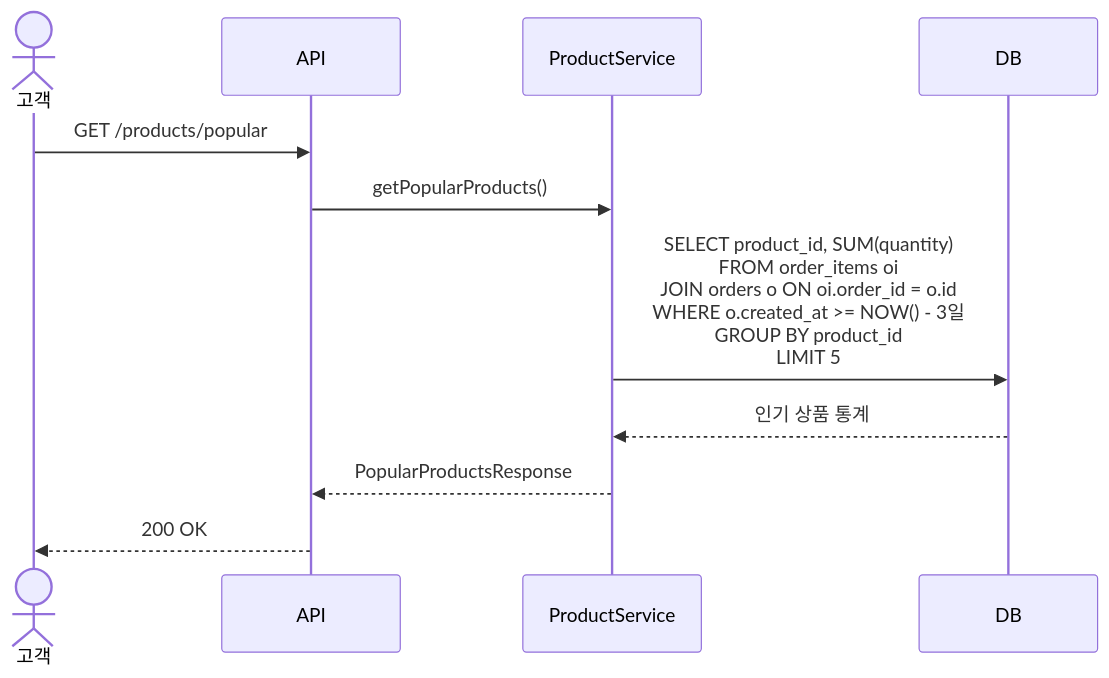
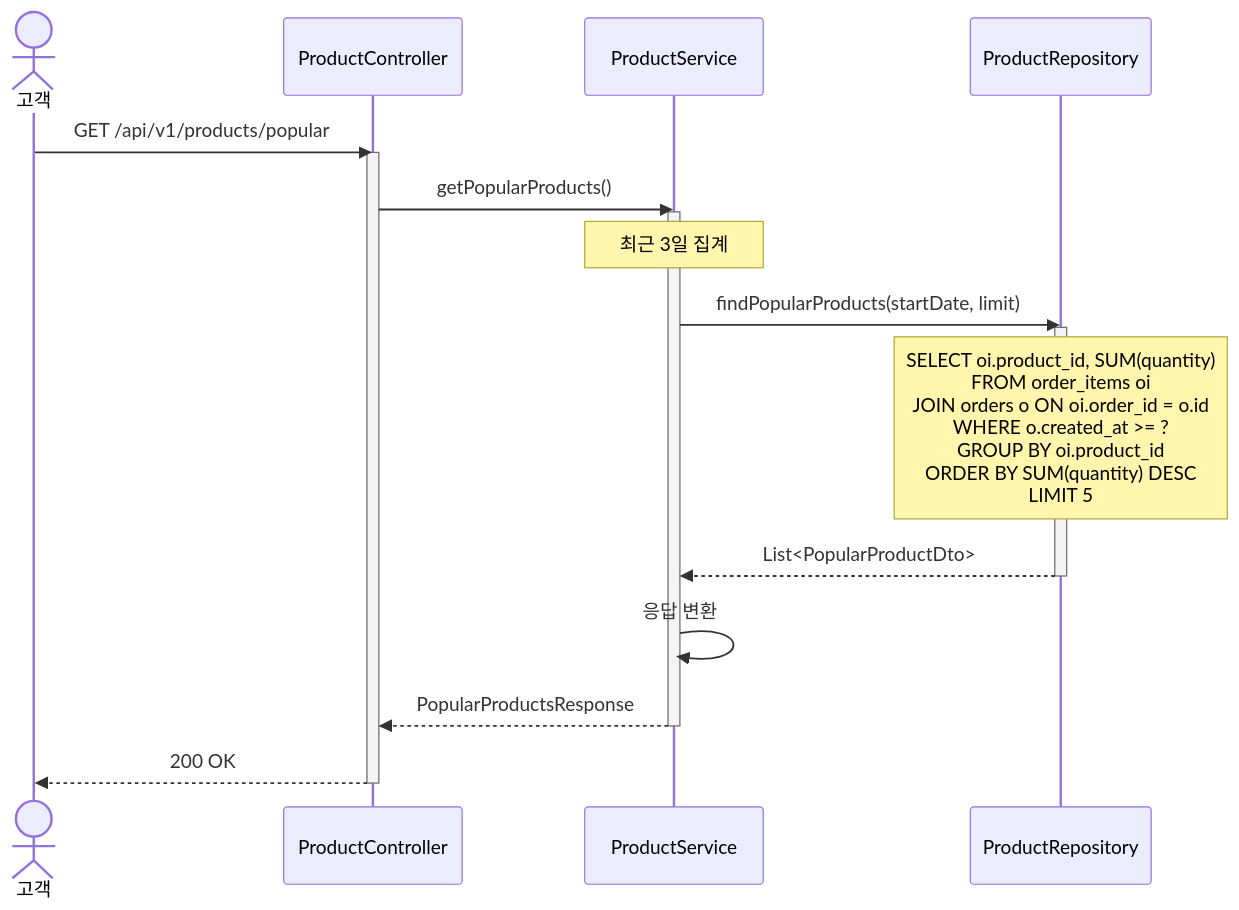
The second of 9 diagrams in week2-api-design-management/api-swagger/docs/api/sequence-diagrams.md (jaedeokhan/start-study), drawn with Mermaid before and after one commit. The commit also changed other lines of this file, not shown here.

Commit message:
refact: 상품 조회, 인기 목록 조회, 장바구니 조회 시퀀스 다이어그램 수정

````diff
--- a/week2-api-design-management/api-swagger/docs/api/sequence-diagrams.md
+++ b/week2-api-design-management/api-swagger/docs/api/sequence-diagrams.md
@@ -36,14 +47,28 @@
 ```mermaid
 sequenceDiagram
     actor 고객
-    participant API
-    participant ProductService
-    participant DB
+    participant Controller as ProductController
+    participant Service as ProductService
+    participant Repository as ProductRepository
 
-    고객->>API: GET /products/popular
-    API->>ProductService: getPopularProducts()
-    ProductService->>DB: SELECT product_id, SUM(quantity)<br/>FROM order_items oi<br/>JOIN orders o ON oi.order_id = o.id<br/>WHERE o.created_at >= NOW() - 3일<br/>GROUP BY product_id<br/>LIMIT 5
-    DB-->>ProductService: 인기 상품 통계
-    ProductService-->>API: PopularProductsResponse
-    API-->>고객: 200 OK
+    고객->>Controller: GET /api/v1/products/popular
+    activate Controller
+
+    Controller->>Service: getPopularProducts()
+    activate Service
+
+    Note over Service: 최근 3일 집계
+
+    Service->>Repository: findPopularProducts(startDate, limit)
+    activate Repository
+    Note over Repository: SELECT oi.product_id, SUM(quantity)<br/>FROM order_items oi<br/>JOIN orders o ON oi.order_id = o.id<br/>WHERE o.created_at >= ?<br/>GROUP BY oi.product_id<br/>ORDER BY SUM(quantity) DESC<br/>LIMIT 5
+    Repository-->>Service: List<PopularProductDto>
+    deactivate Repository
+
+    Service->>Service: 응답 변환
+    Service-->>Controller: PopularProductsResponse
+    deactivate Service
+
+    Controller-->>고객: 200 OK
+    deactivate Controller
 ```
````
